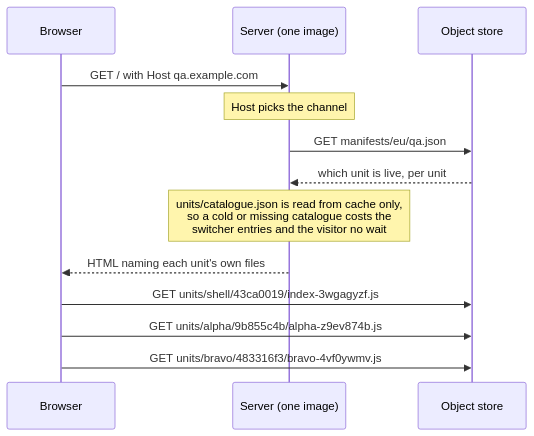
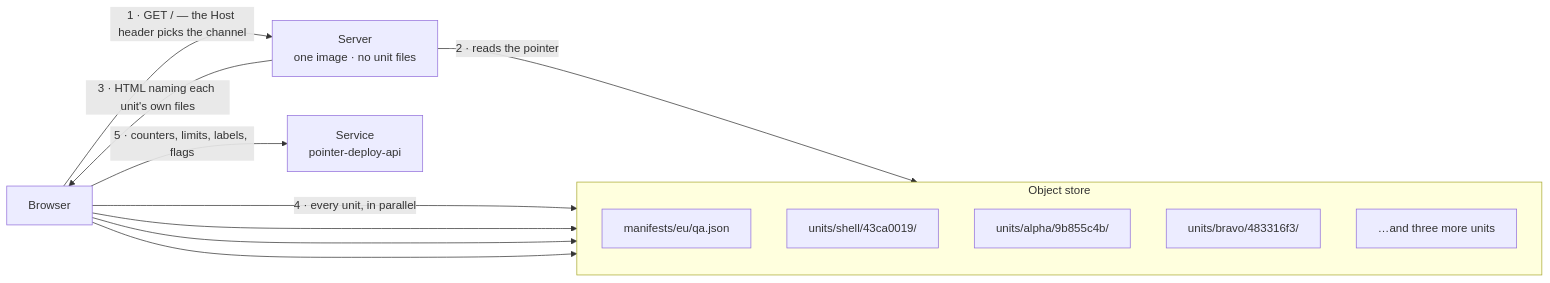
One commit to AlexJeffcott/pointer-deploy changed the diagram in OVERVIEW.md. Above: the diagram before and after it, drawn with Mermaid. The commit also changed other lines of this file and 7 other files, not shown here.

First line of the commit message:
Read every document once before the port opens

````diff
--- a/OVERVIEW.md
+++ b/OVERVIEW.md
@@ -63,16 +63,24 @@
 ```mermaid
-sequenceDiagram
-    participant B as Browser
-    participant S as Server (one image)
-    participant T as Object store
+flowchart LR
+    B["Browser"]
+    S["Server<br/>one image · no unit files"]
+    A["Service<br/>pointer-deploy-api"]
 
-    B->>S: GET / with Host qa.example.com
-    Note over S: Host picks the channel
-    S->>T: GET manifests/eu/qa.json
-    T-->>S: which unit is live, per unit
-    Note over S: units/catalogue.json is read from cache only,<br/>so a cold or missing catalogue costs the<br/>switcher entries and the visitor no wait
-    S-->>B: HTML naming each unit's own files
-    B->>T: GET units/shell/43ca0019/index-3wgagyzf.js
-    B->>T: GET units/alpha/9b855c4b/alpha-z9ev874b.js
-    B->>T: GET units/bravo/483316f3/bravo-4vf0ywmv.js
+    subgraph ST["Object store"]
+        direction TB
+        M["manifests/eu/qa.json"]
+        U1["units/shell/43ca0019/"]
+        U2["units/alpha/9b855c4b/"]
+        U3["units/bravo/483316f3/"]
+        U4["…and three more units"]
+    end
+
+    B -- "1 · GET / — the Host header picks the channel" --> S
+    S -- "2 · reads the pointer" --> M
+    S -- "3 · HTML naming each unit's own files" --> B
+    B -- "4 · every unit, in parallel" --> U1
+    B --> U2
+    B --> U3
+    B --> U4
+    B -- "5 · counters, limits, labels, flags" --> A
 ```
````
